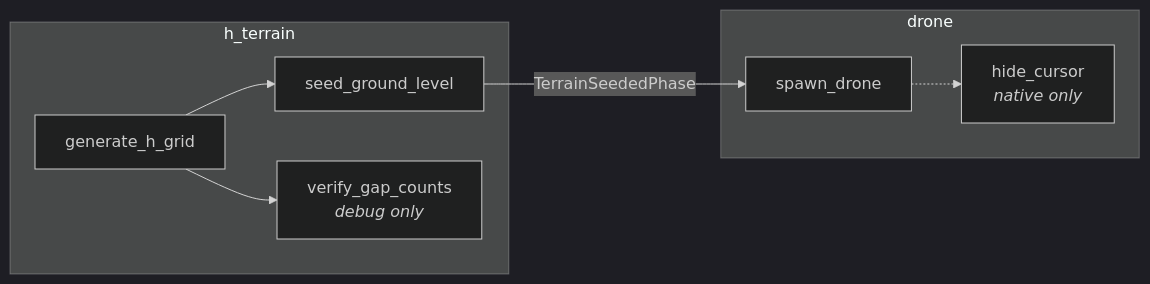
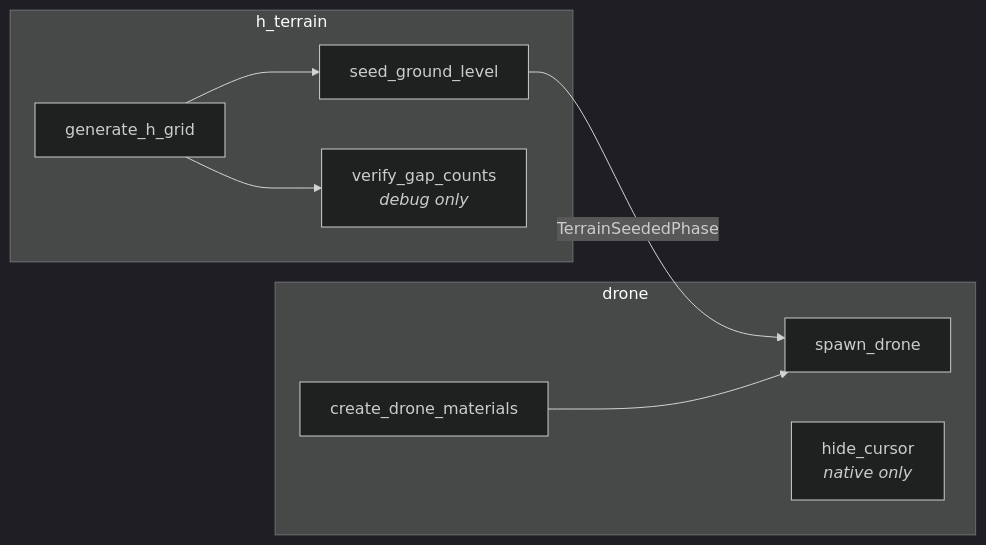
Before and after one commit to dynnamitt/hex-terrain: the diagram in README.md, drawn with Mermaid (dark theme).

Commit message:
better chart

````diff
--- a/README.md
+++ b/README.md
@@ -20,18 +20,19 @@
 ```mermaid
 graph LR
-    gen[generate_h_grid] --> seed[seed_ground_level]
-    gen --> verify[verify_gap_counts<br/><i>debug only</i>]
-    seed -- TerrainSeededPhase --> spawn[spawn_drone]
-    spawn -.-> hide[hide_cursor<br/><i>native only</i>]
+    generate_h_grid --> seed_ground_level
+    generate_h_grid --> verify_gap_counts
+    seed_ground_level -- TerrainSeededPhase --> spawn_drone
+    create_drone_materials --> spawn_drone
 
     subgraph h_terrain
-        gen
-        seed
-        verify
+        generate_h_grid
+        seed_ground_level
+        verify_gap_counts[verify_gap_counts<br/><i>debug only</i>]
     end
 
     subgraph drone
-        spawn
-        hide
+        create_drone_materials
+        spawn_drone
+        hide_cursor[hide_cursor<br/><i>native only</i>]
     end
 ```
````
